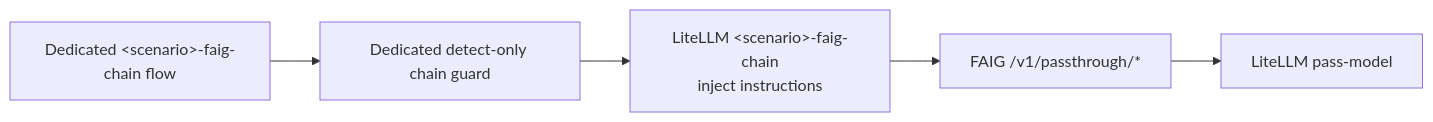
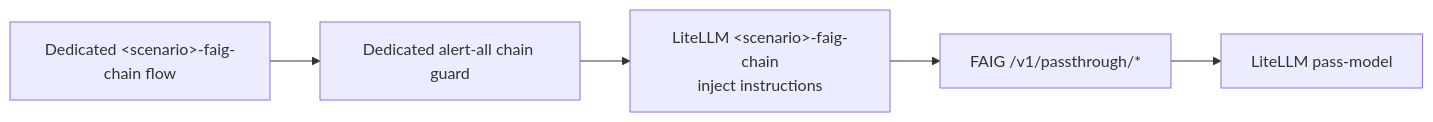
The third of 3 diagrams in docs/fortiaigate-lab-flows.md (mabutterfield/fortiaigate_demo), drawn with Mermaid before and after one commit. The commit also changed other lines of this file and 21 other files, not shown here.

````diff
--- a/docs/fortiaigate-lab-flows.md
+++ b/docs/fortiaigate-lab-flows.md
@@ -74,7 +74,7 @@
 ```mermaid
 flowchart LR
-    FLOW["Dedicated &lt;scenario&gt;-faig-chain flow"] --> GUARD["Dedicated detect-only chain guard"]
+    FLOW["Dedicated &lt;scenario&gt;-faig-chain flow"] --> GUARD["Dedicated alert-all chain guard"]
     GUARD --> CHAIN["LiteLLM &lt;scenario&gt;-faig-chain<br/>inject instructions"]
     CHAIN --> PASS["FAIG /v1/passthrough/*"]
     PASS --> MODEL["LiteLLM pass-model"]
 ```
````
